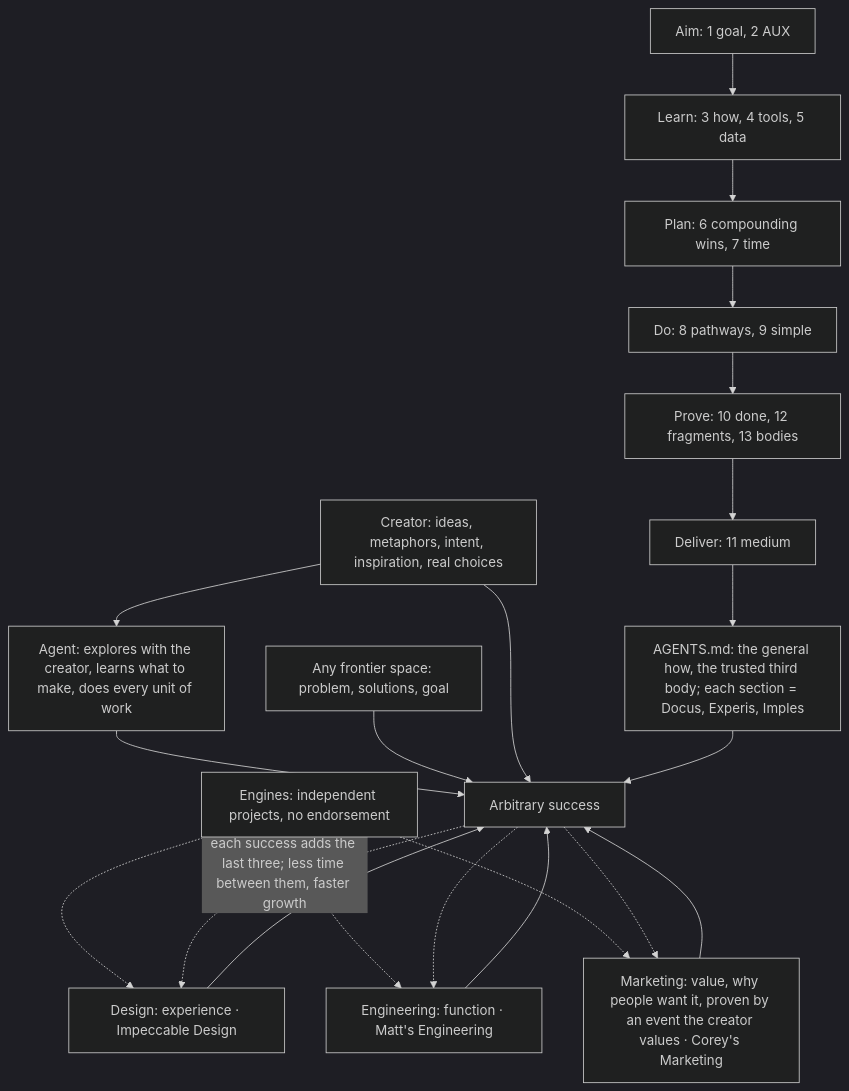
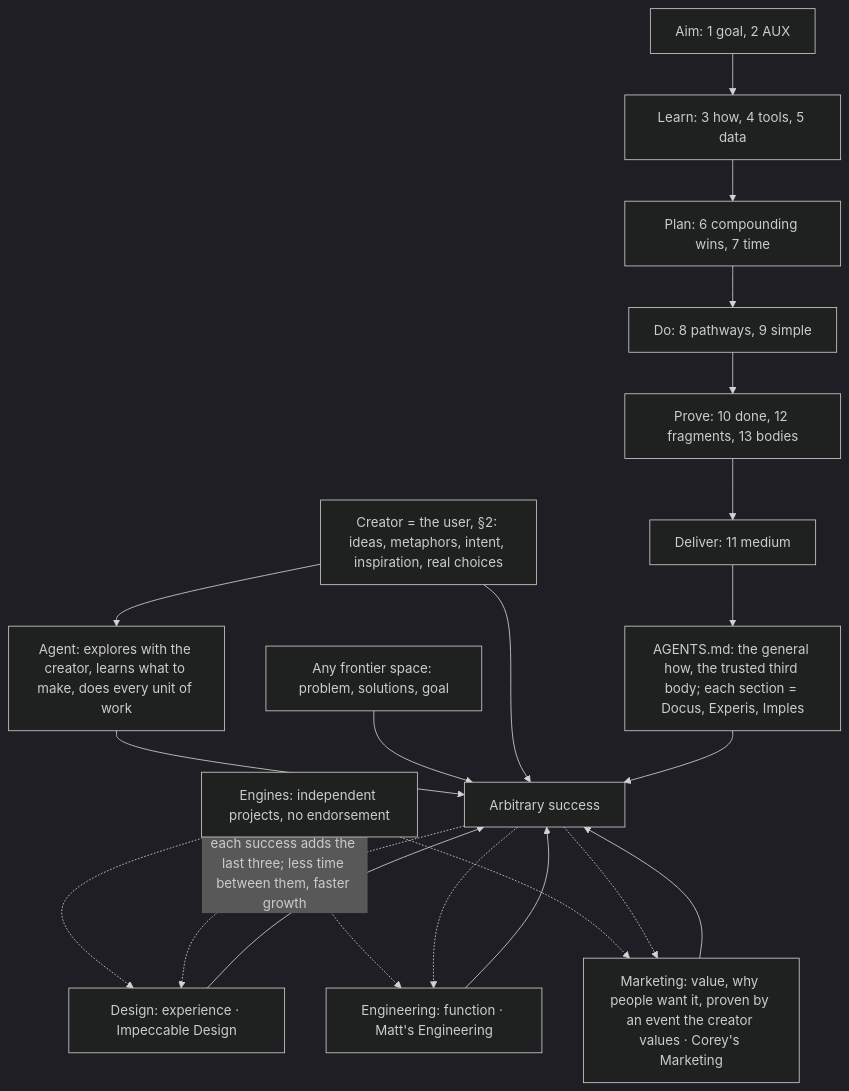
The first of 14 diagrams in AGENTS.md (SolenixAI/arbiter), drawn with Mermaid (dark theme) before and after one commit. The commit also changed other lines of this file, not shown here.

Commit message:
docs(agents): root review fixes

````diff
--- a/AGENTS.md
+++ b/AGENTS.md
@@ -45,18 +46,18 @@
 ```mermaid
 flowchart TD
   A[Aim: 1 goal, 2 AUX] --> L[Learn: 3 how, 4 tools, 5 data] --> P[Plan: 6 compounding wins, 7 time] --> D[Do: 8 pathways, 9 simple] --> V[Prove: 10 done, 12 fragments, 13 bodies] --> O[Deliver: 11 medium] --> F["AGENTS.md: the general how, the trusted third body; each section = Docus, Experis, Imples"]
-  CR[Creator: ideas, metaphors, intent, inspiration, real choices] --> AG[Agent: explores with the creator, learns what to make, does every unit of work]
+  CR["Creator = the user, §2: ideas, metaphors, intent, inspiration, real choices"] --> AG[Agent: explores with the creator, learns what to make, does every unit of work]
   AG --> S[Arbitrary success]
   FS["Any frontier space: problem, solutions, goal"] --> S
   CR --> S
   F --> S
   DS[Design: experience · Impeccable Design] --> S
   EG[Engineering: function · Matt's Engineering] --> S
   SL[Marketing: value, why people want it, proven by an event the creator values · Corey's Marketing] --> S
   EN[Engines: independent projects, no endorsement] -.-> DS
   EN -.-> EG
   EN -.-> SL
   S -.->|"each success adds the last three; less time between them, faster growth"| DS
   S -.-> EG
   S -.-> SL
 ```
````
